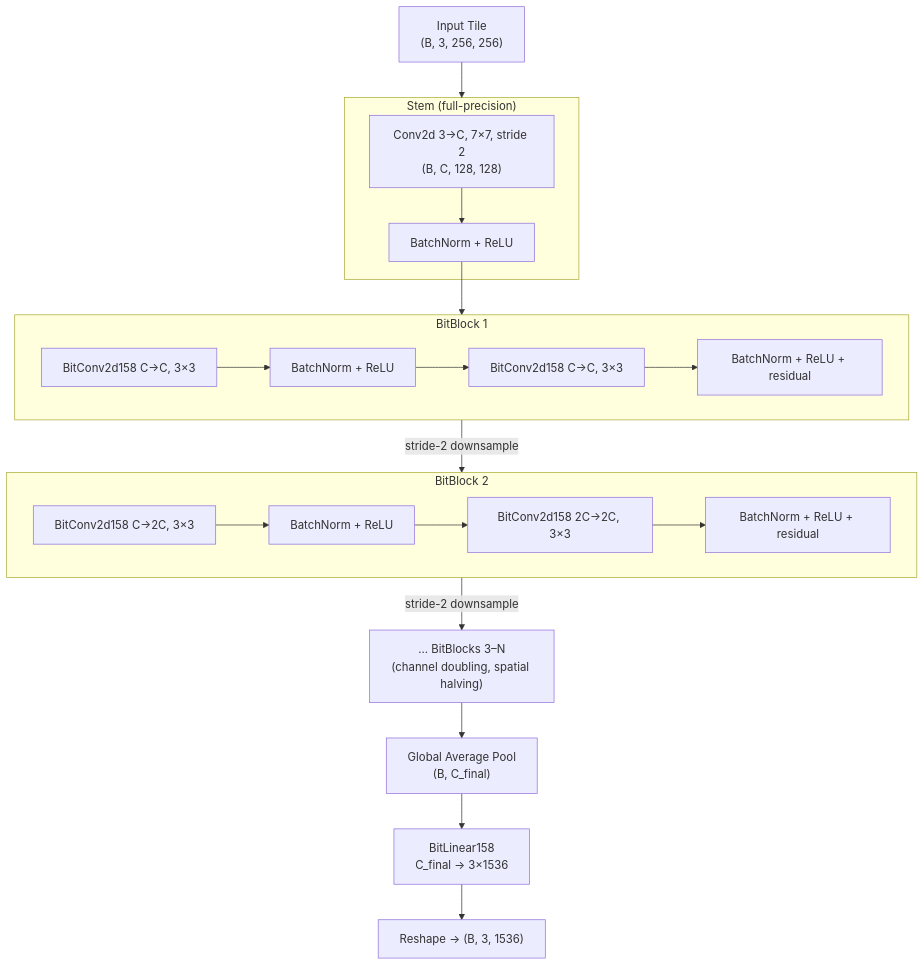
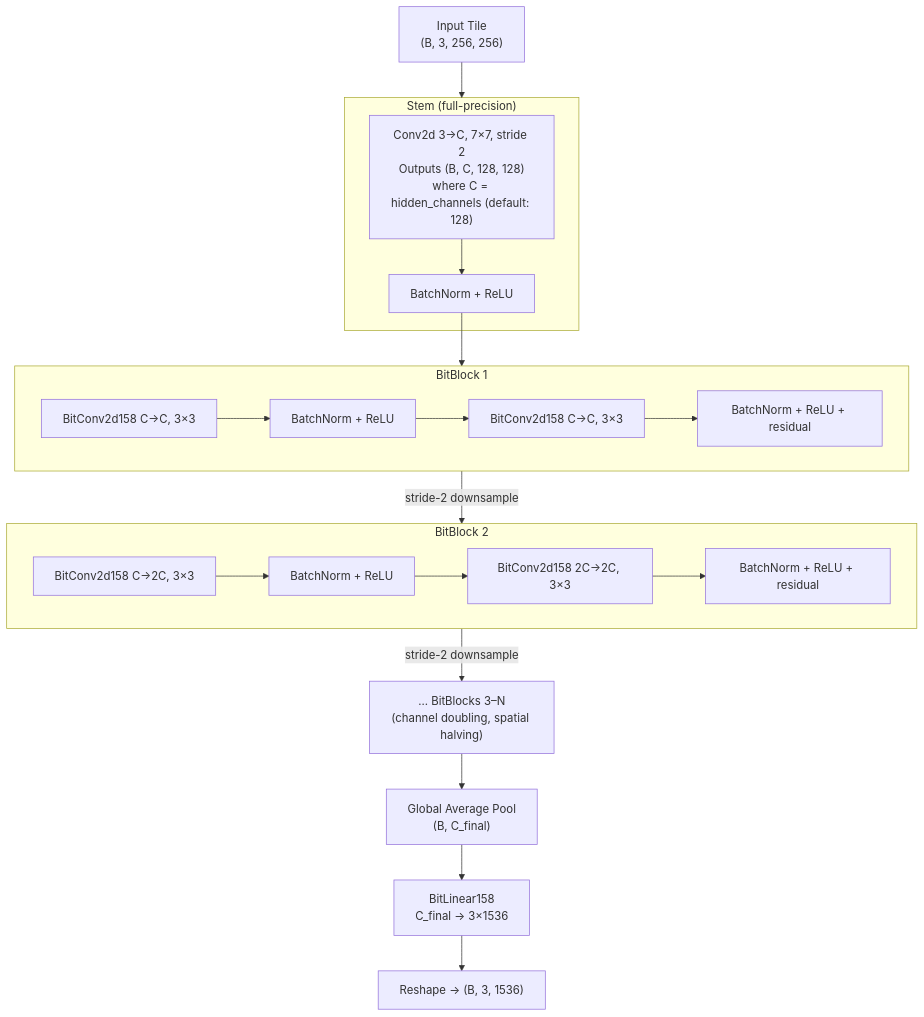
The fifth of 7 diagrams in README.md (general-reasoning/autopath), drawn with Mermaid before and after one commit. The commit also changed other lines of this file and 1 other file, not shown here.

````diff
--- a/README.md
+++ b/README.md
@@ -194,33 +194,33 @@
 ```mermaid
 flowchart TB
     INPUT["Input Tile<br/>(B, 3, 256, 256)"] --> STEM
 
     subgraph STEM ["Stem (full-precision)"]
-        S1["Conv2d 3→C, 7×7, stride 2<br/>(B, C, 128, 128)"]
+        S1["Conv2d 3→C, 7×7, stride 2<br/>Outputs (B, C, 128, 128)<br/>where C = hidden_channels (default: 128)"]
         S1 --> BN0["BatchNorm + ReLU"]
     end
 
     BN0 --> B1
 
     subgraph B1 ["BitBlock 1"]
         BC1["BitConv2d158 C→C, 3×3"]
         BC1 --> BN1["BatchNorm + ReLU"]
         BN1 --> BC2["BitConv2d158 C→C, 3×3"]
         BC2 --> BN2["BatchNorm + ReLU + residual"]
     end
 
     B1 --> |"stride-2 downsample"| B2
 
     subgraph B2 ["BitBlock 2"]
         BC3["BitConv2d158 C→2C, 3×3"]
         BC3 --> BN3["BatchNorm + ReLU"]
         BN3 --> BC4["BitConv2d158 2C→2C, 3×3"]
         BC4 --> BN4["BatchNorm + ReLU + residual"]
     end
 
     B2 --> |"stride-2 downsample"| MORE["... BitBlocks 3–N<br/>(channel doubling, spatial halving)"]
 
     MORE --> GAP["Global Average Pool<br/>(B, C_final)"]
     GAP --> FC["BitLinear158<br/>C_final → 3×1536"]
     FC --> RESHAPE["Reshape → (B, 3, 1536)"]
 ```
````
